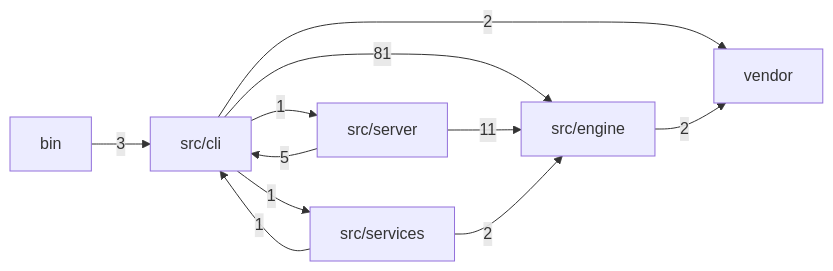
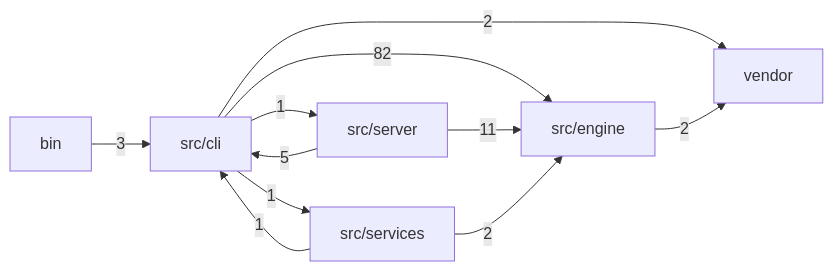
Before and after one commit to mgillr/memev: the first of 2 diagrams in docs/MODULES.md, drawn with Mermaid. The commit also changed other lines of this file and 5 other files, not shown here.

````diff
--- a/docs/MODULES.md
+++ b/docs/MODULES.md
@@ -11,19 +11,19 @@
 ```mermaid
 flowchart LR
   bin["bin"]
   cli["src/cli"]
   engine["src/engine"]
   server["src/server"]
   services["src/services"]
   vendor["vendor"]
   bin -->|"3"| cli
-  cli -->|"81"| engine
+  cli -->|"82"| engine
   cli -->|"1"| server
   cli -->|"1"| services
   cli -->|"2"| vendor
   engine -->|"2"| vendor
   server -->|"5"| cli
   server -->|"11"| engine
   services -->|"1"| cli
   services -->|"2"| engine
 ```
````
